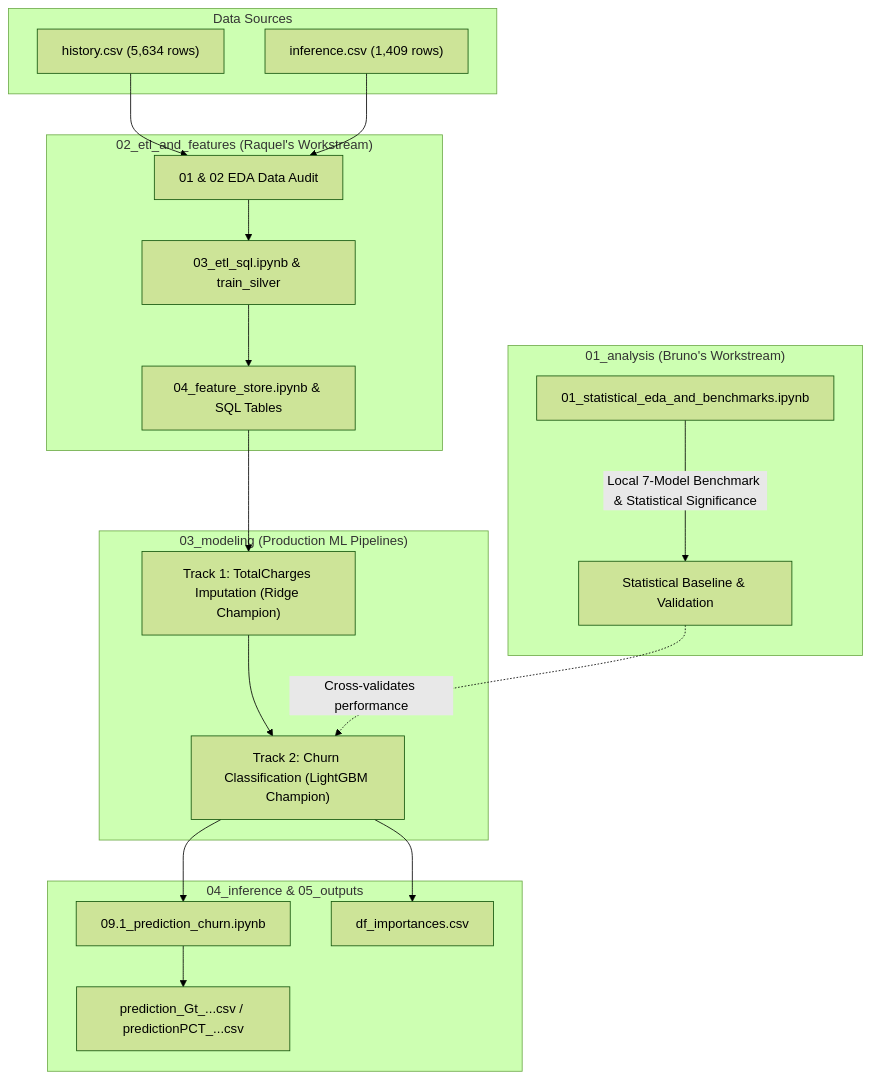
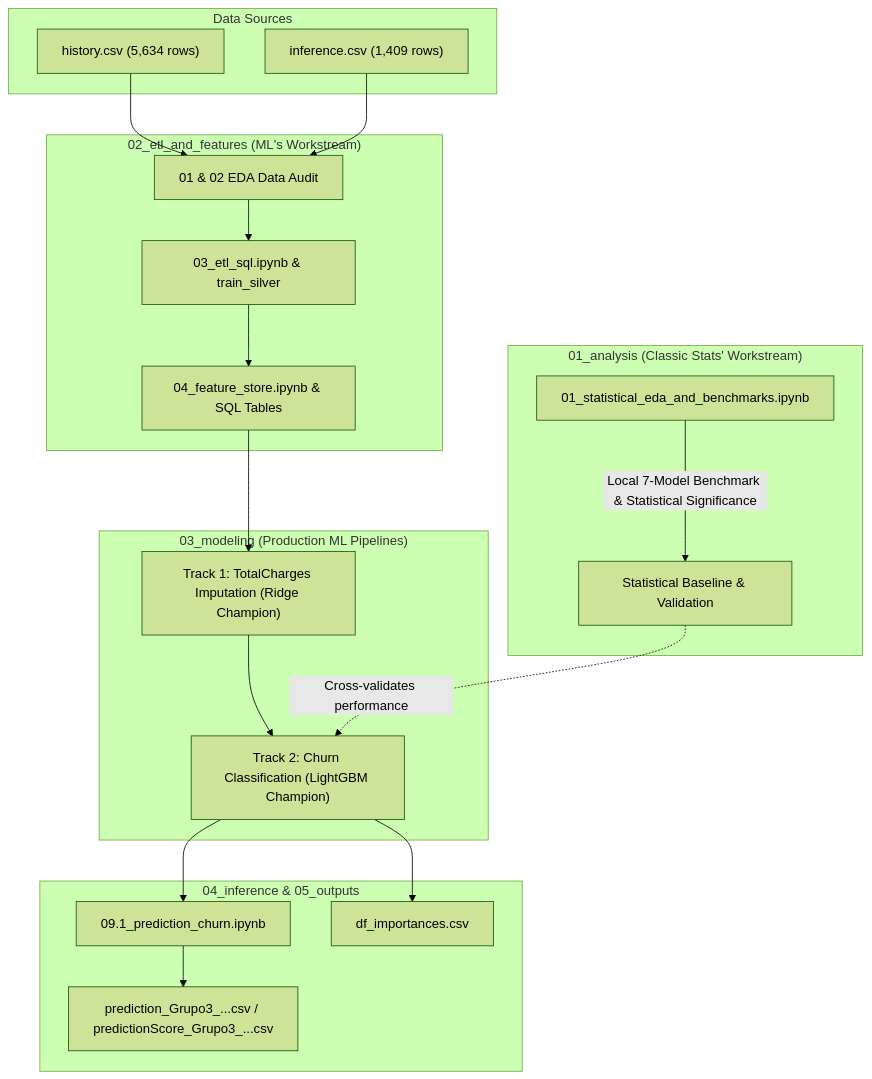
Before and after one commit to thiagonoobre/Hackathon_Terra_Signal: the diagram in README.md, drawn with Mermaid (forest theme). The commit also changed other lines of this file and 23 other files, not shown here.

````diff
--- a/README.md
+++ b/README.md
@@ -23,31 +23,31 @@
 ```mermaid
 flowchart TD
     subgraph Data Sources
         H["history.csv (5,634 rows)"]
         I["inference.csv (1,409 rows)"]
     end
 
-    subgraph "01_analysis (Bruno's Workstream)"
+    subgraph "01_analysis (Classic Stats' Workstream)"
         EDA["01_statistical_eda_and_benchmarks.ipynb"]
         EDA --> |Local 7-Model Benchmark & Statistical Significance| COMP["Statistical Baseline & Validation"]
     end
 
-    subgraph "02_etl_and_features (Raquel's Workstream)"
+    subgraph "02_etl_and_features (ML's Workstream)"
         H & I --> AUDIT["01 & 02 EDA Data Audit"]
         AUDIT --> ETL["03_etl_sql.ipynb & train_silver"]
         ETL --> FS["04_feature_store.ipynb & SQL Tables"]
     end
 
     subgraph "03_modeling (Production ML Pipelines)"
         FS --> TR1["Track 1: TotalCharges Imputation (Ridge Champion)"]
         TR1 --> TR2["Track 2: Churn Classification (LightGBM Champion)"]
     end
 
     subgraph "04_inference & 05_outputs"
         TR2 --> INF["09.1_prediction_churn.ipynb"]
-        INF --> PRED["prediction_Gt_...csv / predictionPCT_...csv"]
+        INF --> PRED["prediction_Grupo3_...csv / predictionScore_Grupo3_...csv"]
         TR2 --> OUT["df_importances.csv"]
     end
 
     COMP -.-> |Cross-validates performance| TR2
 ```
````
